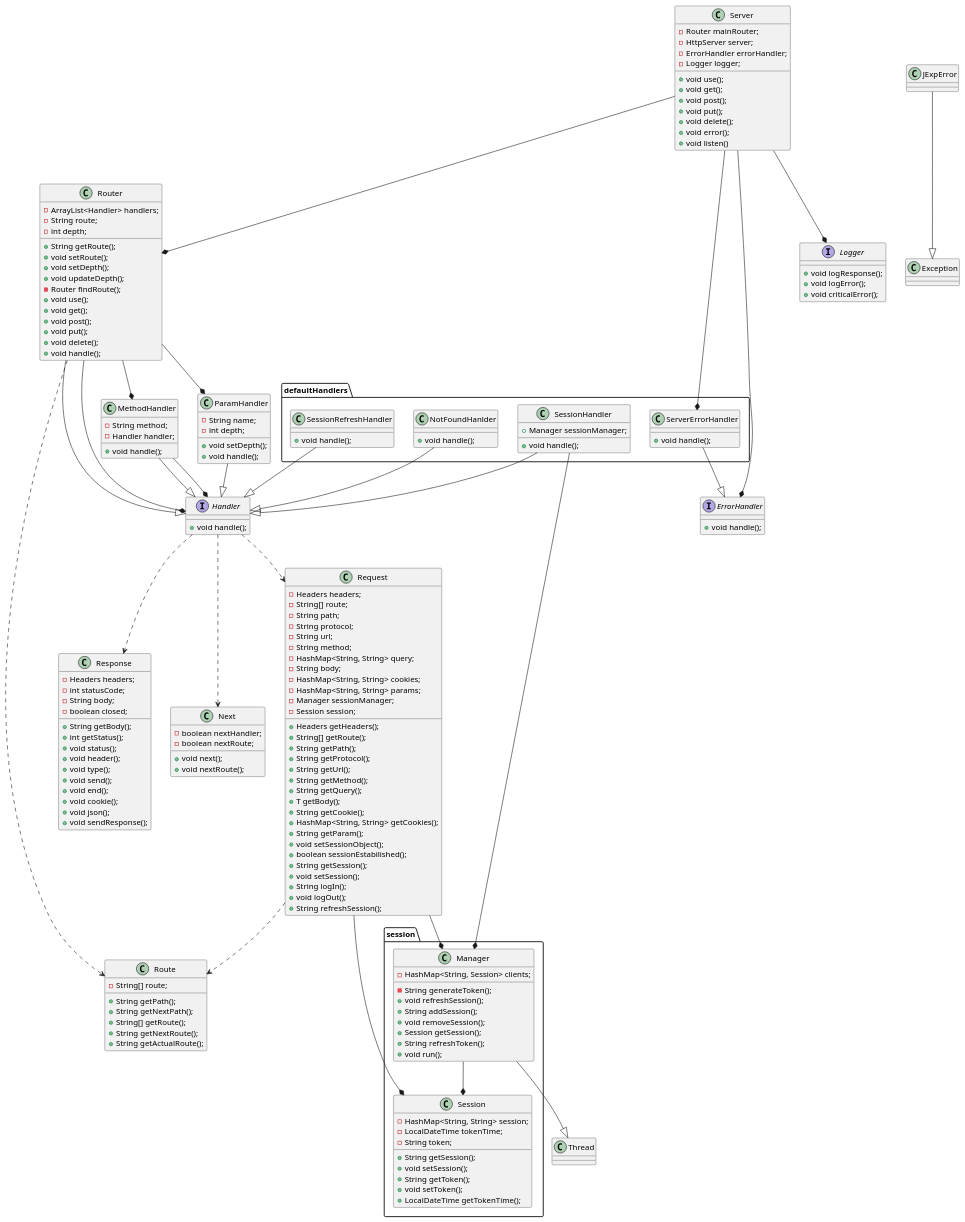
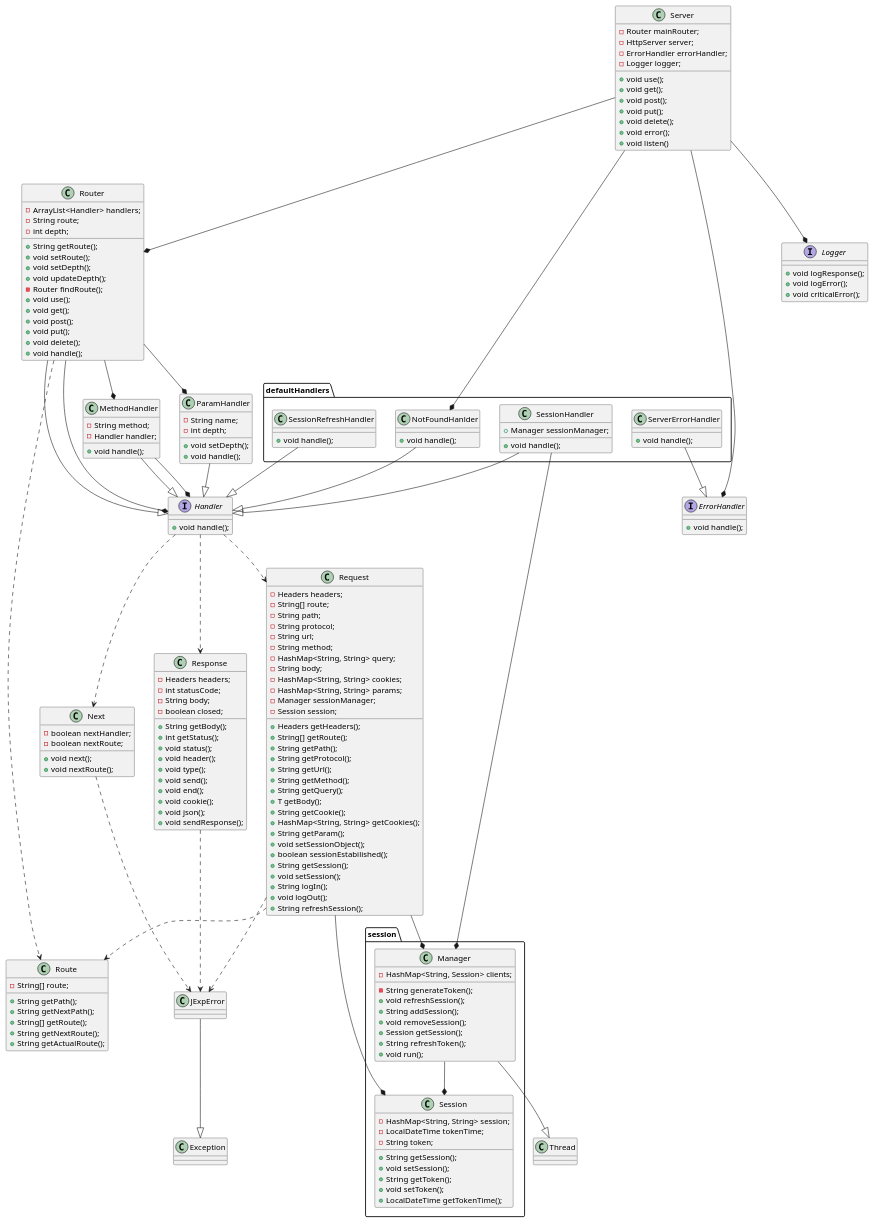
The diagram in docs/jexp.md (Mac14101/po2025), drawn with PlantUML before and after one commit. The commit also changed 3 other files, not shown here.

Commit message:
docs: Uzupełnienie diagramów UML modułów (jexp,client,server,database)

````diff
--- a/docs/jexp.md
+++ b/docs/jexp.md
@@ -214,6 +214,9 @@
 }
 }
 JExpError--|>Exception
+Request..>JExpError
+Response..>JExpError
+Next..>JExpError
 Handler..>Request
 Handler..>Response
 Handler..>Next
@@ -238,6 +241,6 @@
 defaultHandlers.SessionRefreshHandler--|>Handler
 defaultHandlers.SessionHandler--*Manager
 defaultHandlers.ServerErrorHandler--|>ErrorHandler
-Server--*defaultHandlers.ServerErrorHandler
+Server--*defaultHandlers.NotFoundHanlder
 @enduml
 ```
````
